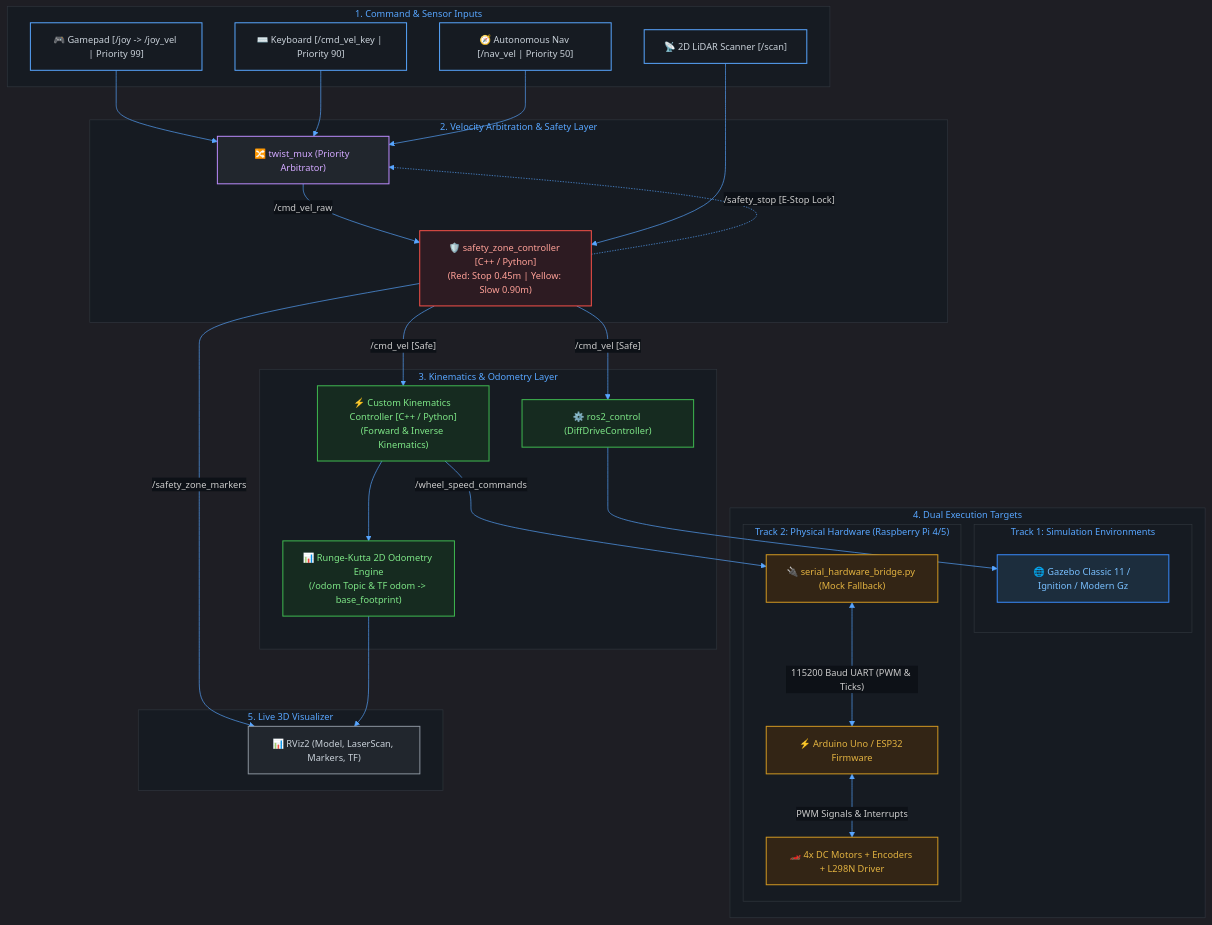
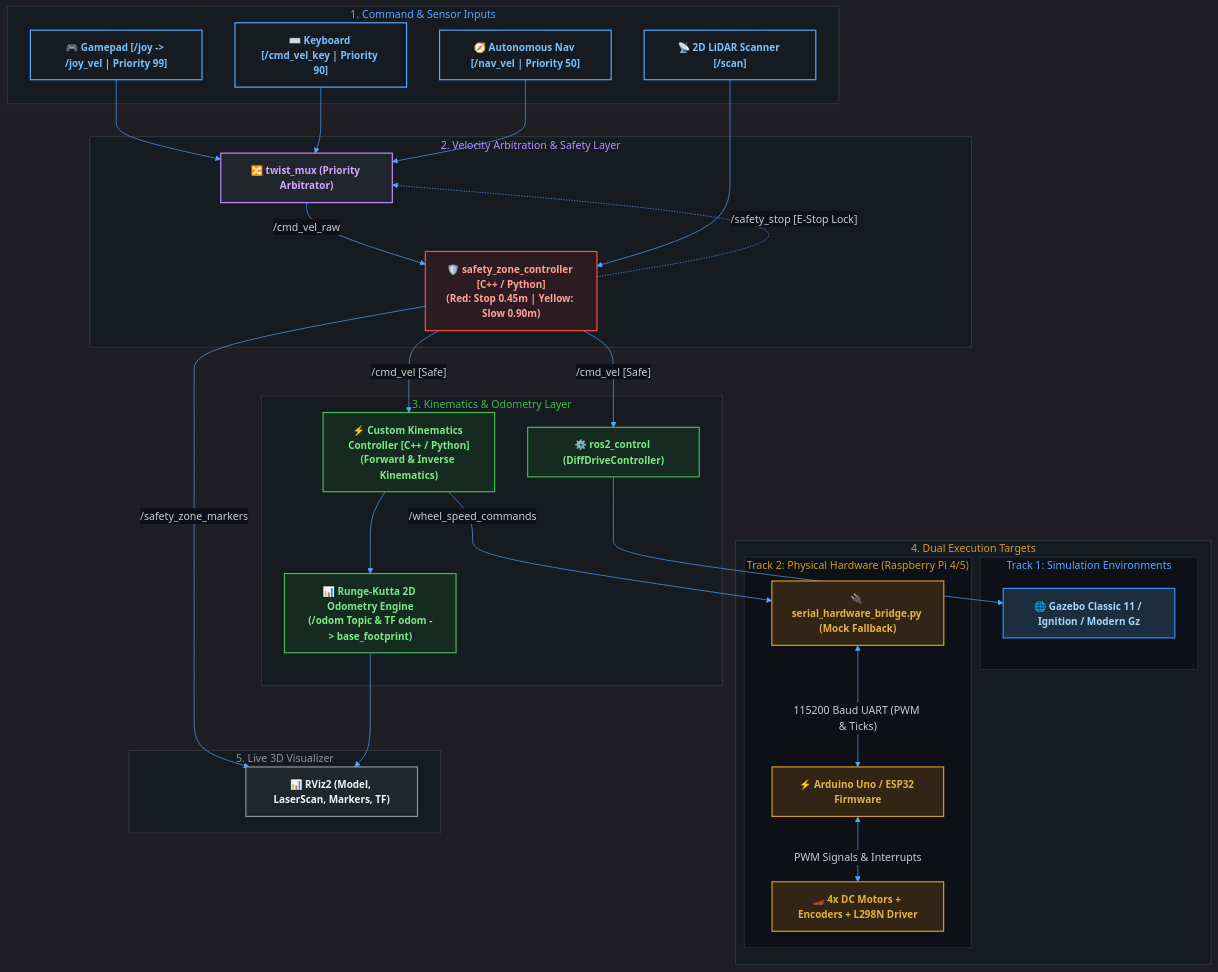
The diagram in README.md (rahul-r-joshua/ROS2-Mobile-Robot-Masterclass), drawn with Mermaid before and after one commit.

Commit message:
style(docs): increase Mermaid font size to 16px and apply full dark background styling

````diff
--- a/README.md
+++ b/README.md
@@ -78,7 +78,7 @@
     'background': '#0d1117',
     'mainBkg': '#0d1117',
     'primaryColor': '#161b22',
-    'primaryTextColor': '#c9d1d9',
+    'primaryTextColor': '#f0f6fc',
     'primaryBorderColor': '#30363d',
     'lineColor': '#58a6ff',
     'secondaryColor': '#0d1117',
@@ -88,19 +88,19 @@
     'clusterBorder': '#30363d',
     'titleColor': '#58a6ff',
     'edgeLabelBackground': '#0d1117',
-    'fontSize': '14px',
+    'fontSize': '16px',
     'fontFamily': '-apple-system, BlinkMacSystemFont, Segoe UI, Roboto, sans-serif'
   }
 }}%%
 flowchart TD
-    %% Global Styling Classes
-    classDef inNode fill:#161b22,stroke:#58a6ff,stroke-width:1.5px,color:#c9d1d9;
-    classDef muxNode fill:#21262d,stroke:#bc8cff,stroke-width:1.5px,color:#d2a8ff;
-    classDef safeNode fill:#2d1b22,stroke:#f85149,stroke-width:1.5px,color:#ffa198;
-    classDef ctrlNode fill:#162b20,stroke:#3fb950,stroke-width:1.5px,color:#7ee787;
-    classDef simNode fill:#1c2d3d,stroke:#388bfd,stroke-width:1.5px,color:#79c0ff;
-    classDef hwNode fill:#332515,stroke:#d29922,stroke-width:1.5px,color:#e3b341;
-    classDef vizNode fill:#21262d,stroke:#8b949e,stroke-width:1.5px,color:#c9d1d9;
+    %% Global Styling Classes with Enhanced Typography
+    classDef inNode fill:#161b22,stroke:#58a6ff,stroke-width:1.8px,color:#79c0ff,font-size:15px,font-weight:600;
+    classDef muxNode fill:#21262d,stroke:#bc8cff,stroke-width:1.8px,color:#d2a8ff,font-size:15px,font-weight:600;
+    classDef safeNode fill:#2d1b22,stroke:#f85149,stroke-width:1.8px,color:#ffa198,font-size:15px,font-weight:600;
+    classDef ctrlNode fill:#162b20,stroke:#3fb950,stroke-width:1.8px,color:#7ee787,font-size:15px,font-weight:600;
+    classDef simNode fill:#1c2d3d,stroke:#388bfd,stroke-width:1.8px,color:#a5d6ff,font-size:15px,font-weight:600;
+    classDef hwNode fill:#332515,stroke:#d29922,stroke-width:1.8px,color:#e3b341,font-size:15px,font-weight:600;
+    classDef vizNode fill:#21262d,stroke:#8b949e,stroke-width:1.8px,color:#f0f6fc,font-size:15px,font-weight:600;
 
     subgraph IN["1. Command & Sensor Inputs"]
         JOY["🎮 Gamepad [/joy -> /joy_vel | Priority 99]"]:::inNode
@@ -153,4 +153,12 @@
     DIFF -->|"/wheel_speed_commands"| BRIDGE
     BRIDGE <-->|"115200 Baud UART (PWM & Ticks)"| MCU
     MCU <-->|"PWM Signals & Interrupts"| MOTORS
+
+    style IN fill:#161b22,stroke:#30363d,stroke-width:1.5px,color:#58a6ff
+    style ARB fill:#161b22,stroke:#30363d,stroke-width:1.5px,color:#bc8cff
+    style CTRL fill:#161b22,stroke:#30363d,stroke-width:1.5px,color:#3fb950
+    style TARGETS fill:#161b22,stroke:#30363d,stroke-width:1.5px,color:#d29922
+    style SIM fill:#0d1117,stroke:#30363d,stroke-width:1px,color:#58a6ff
+    style HW fill:#0d1117,stroke:#30363d,stroke-width:1px,color:#d29922
+    style VIZ fill:#161b22,stroke:#30363d,stroke-width:1.5px,color:#8b949e
 ```
````
